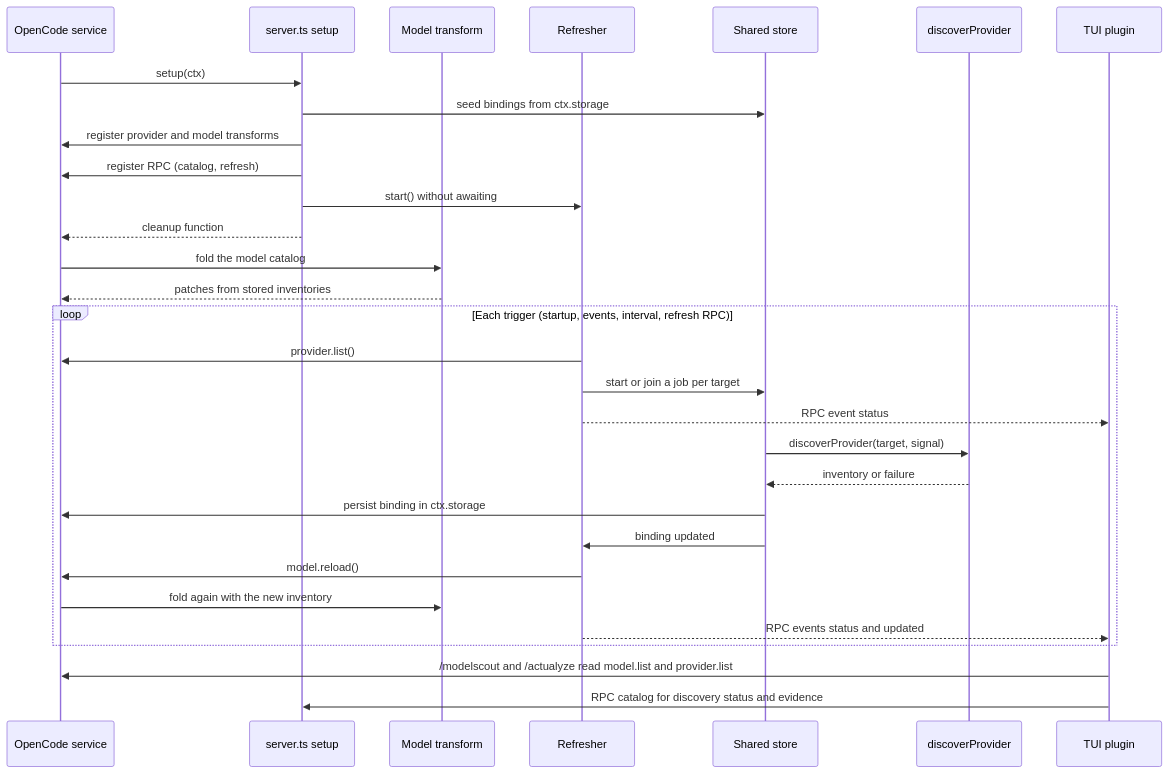
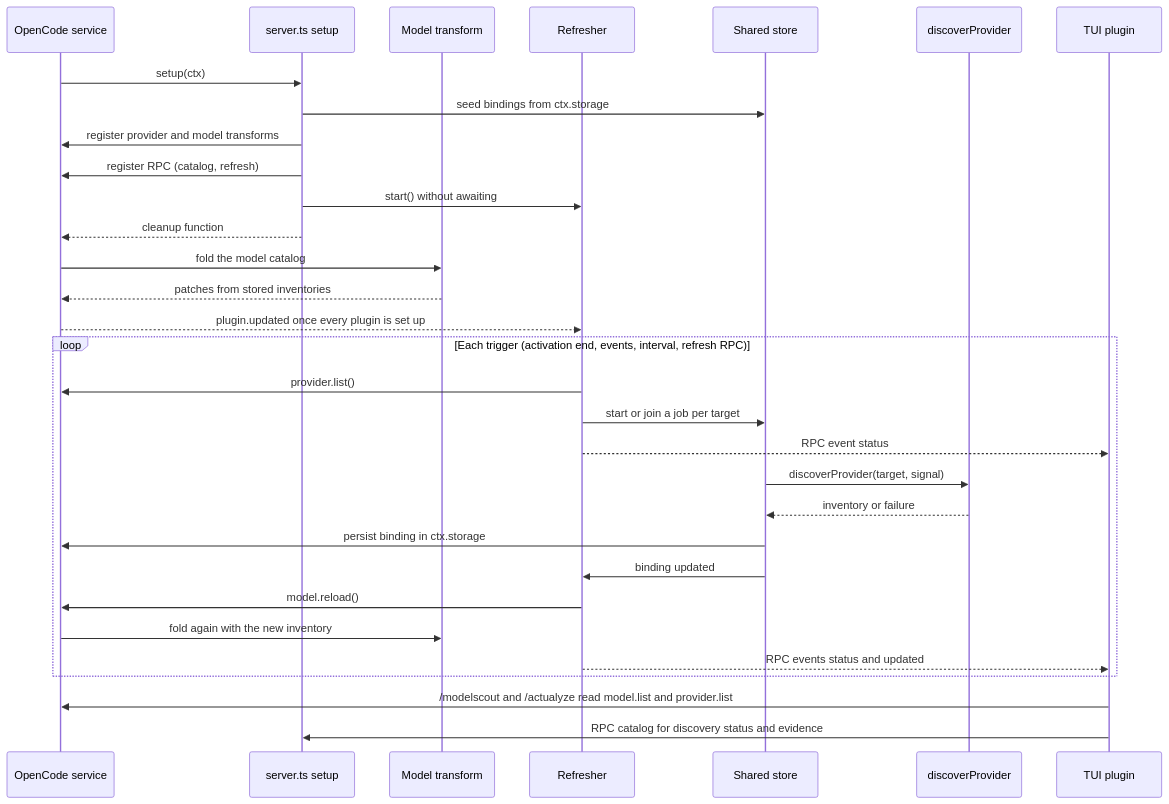
Before and after one commit to actualyze-ai/opencode-actualyze: the first of 4 diagrams in CONTRIBUTING.md, drawn with Mermaid. The commit also changed other lines of this file and 32 other files, not shown here.

````diff
--- a/CONTRIBUTING.md
+++ b/CONTRIBUTING.md
@@ -292,33 +292,34 @@
 ```mermaid
 sequenceDiagram
     participant OC as OpenCode service
     participant SV as server.ts setup
     participant TR as Model transform
     participant RF as Refresher
     participant ST as Shared store
     participant DP as discoverProvider
     participant TU as TUI plugin
 
     OC->>SV: setup(ctx)
     SV->>ST: seed bindings from ctx.storage
     SV->>OC: register provider and model transforms
     SV->>OC: register RPC (catalog, refresh)
     SV->>RF: start() without awaiting
     SV-->>OC: cleanup function
     OC->>TR: fold the model catalog
     TR-->>OC: patches from stored inventories
-    loop Each trigger (startup, events, interval, refresh RPC)
+    OC-->>RF: plugin.updated once every plugin is set up
+    loop Each trigger (activation end, events, interval, refresh RPC)
         RF->>OC: provider.list()
         RF->>ST: start or join a job per target
         RF-->>TU: RPC event status
         ST->>DP: discoverProvider(target, signal)
         DP-->>ST: inventory or failure
         ST->>OC: persist binding in ctx.storage
         ST->>RF: binding updated
         RF->>OC: model.reload()
         OC->>TR: fold again with the new inventory
         RF-->>TU: RPC events status and updated
     end
     TU->>OC: /modelscout and /actualyze read model.list and provider.list
     TU->>SV: RPC catalog for discovery status and evidence
 ```
````
